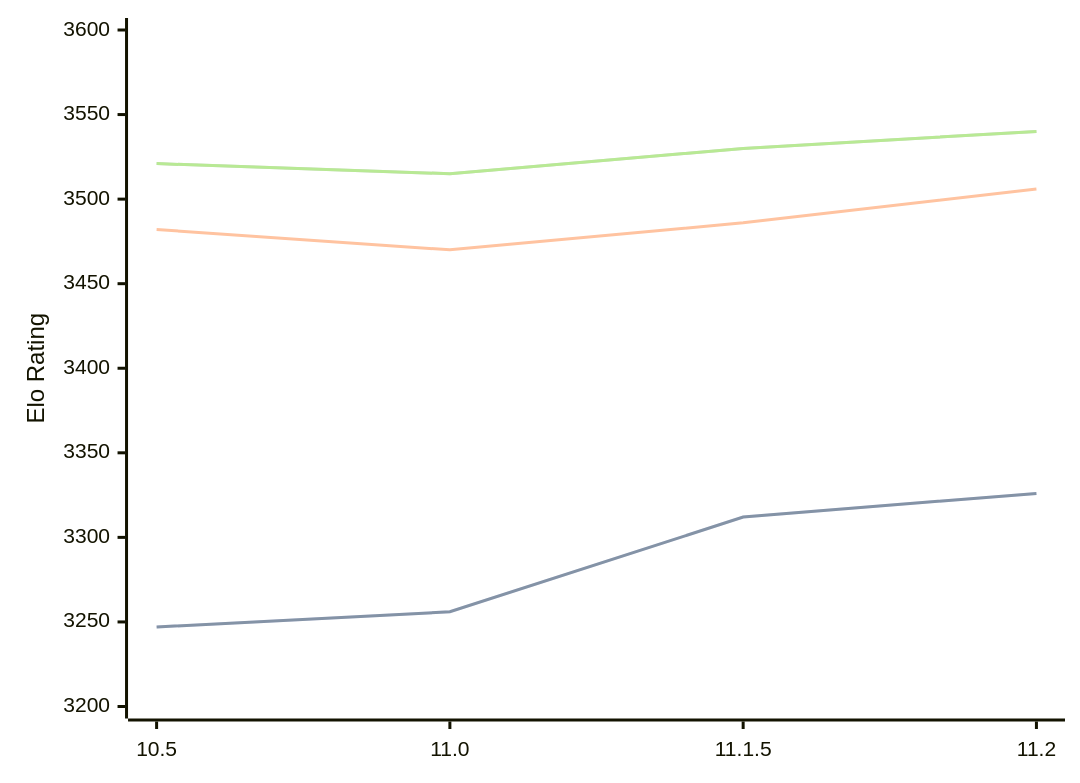
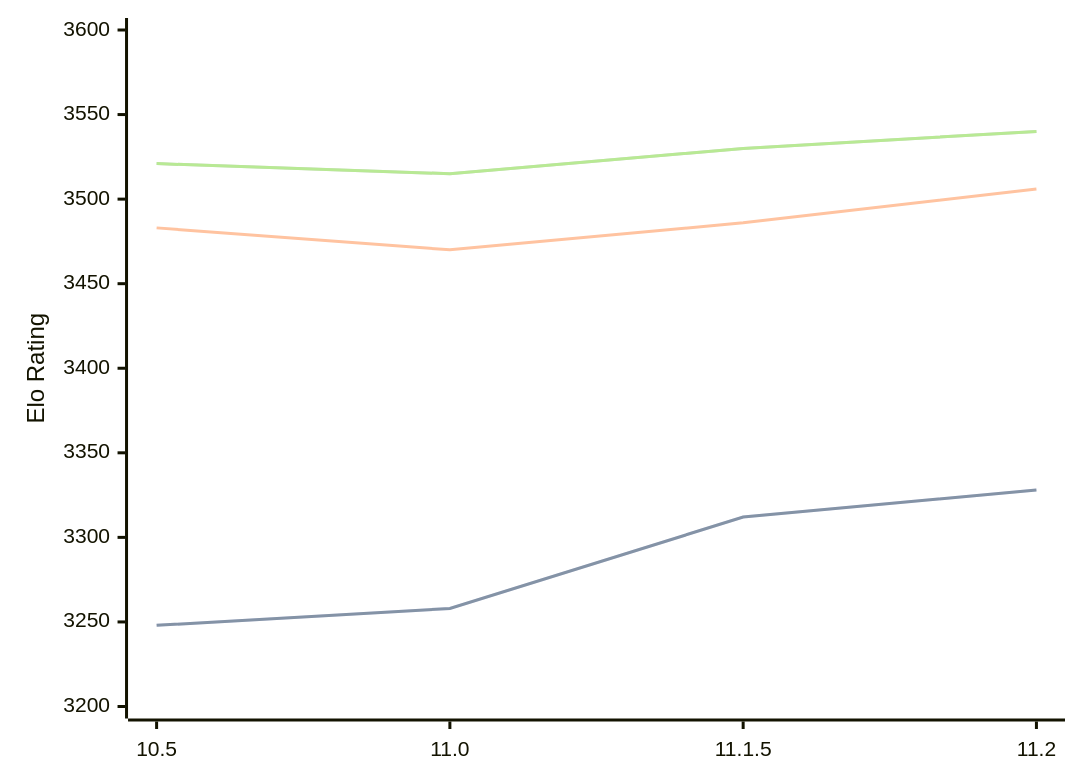
Before and after one commit to computer-chess-index/cci: the diagram in engines/Lizard.md, drawn with Mermaid. The commit also changed other lines of this file, not shown here.

````diff
--- a/engines/Lizard.md
+++ b/engines/Lizard.md
@@ -46,11 +46,11 @@
 ```mermaid
 %%{init: {"theme":"base","themeVariables":{"seriesColors:['#a3a3a3','#222221','#faa371']}}}%%
 xychart-beta
   x-axis ["10.5", "11.0", "11.1.5", "11.2"]
   y-axis "Elo Rating" 3200 --> 3600
-  line "STC (8.0+0.08s)" [3247, 3256, 3312, 3326]
-  line "STC (8.0+0.08s)" [3247, 3256, 3312, 3326]
-  line "LTC (60.0+0.60s)" [3482, 3470, 3486, 3506]
+  line "STC (8.0+0.08s)" [3248, 3258, 3312, 3328]
+  line "STC (8.0+0.08s)" [3248, 3258, 3312, 3328]
+  line "LTC (60.0+0.60s)" [3483, 3470, 3486, 3506]
   line "VLTC (2m24s+1.12s)" [3521, 3515, 3530, 3540]
   line "VLTC (2m24s+1.12s)" [3521, 3515, 3530, 3540]
 ```
````
